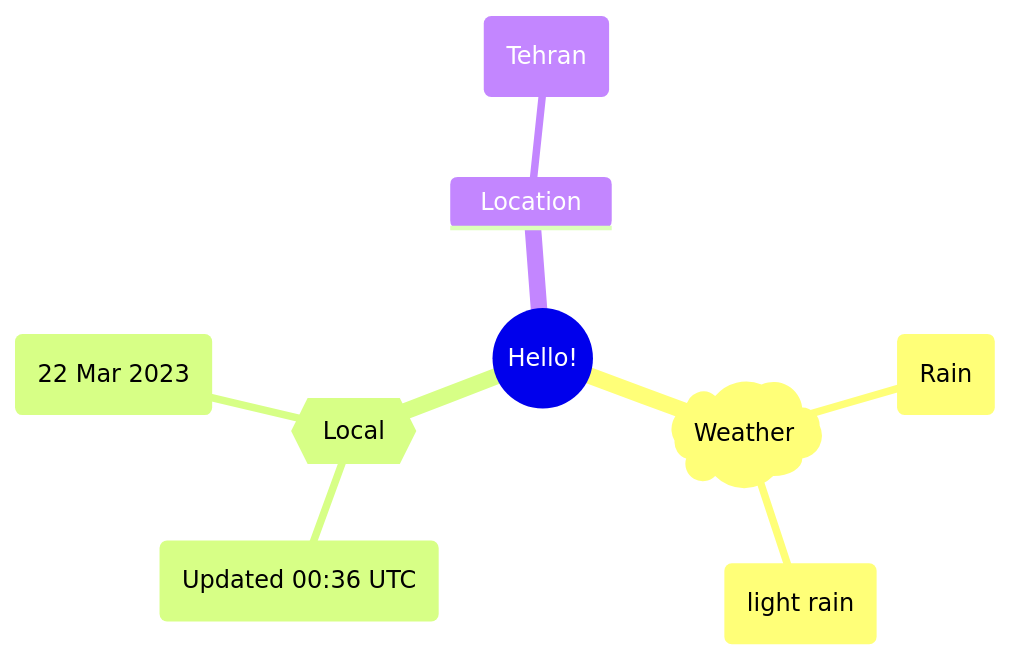
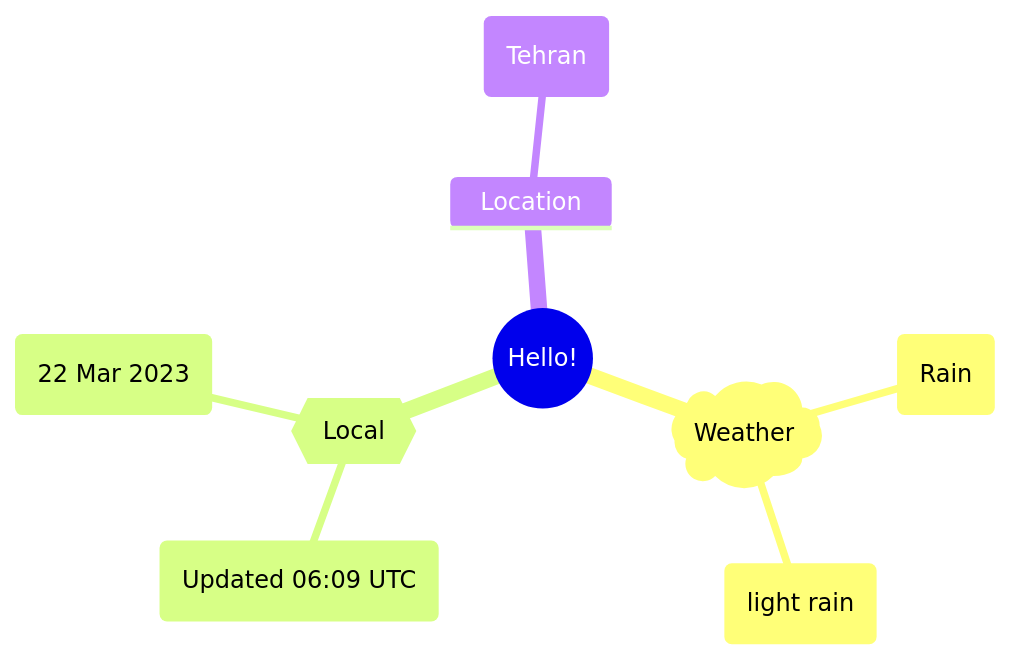
One commit to Xosrov/Xosrov changed the first of 2 diagrams in README.md. Above: the diagram before and after it, drawn with Mermaid.

Commit message:
[bot] updated images

````diff
--- a/README.md
+++ b/README.md
@@ -3,12 +3,12 @@
 ```mermaid
 mindmap
   root((Hello!))
     )Weather(
         (Rain)
         (light rain)
     {{Local}}
-        (Updated 00:36 UTC)
+        (Updated 06:09 UTC)
         (22 Mar 2023)
     Location
         (Tehran)
 ```
````
